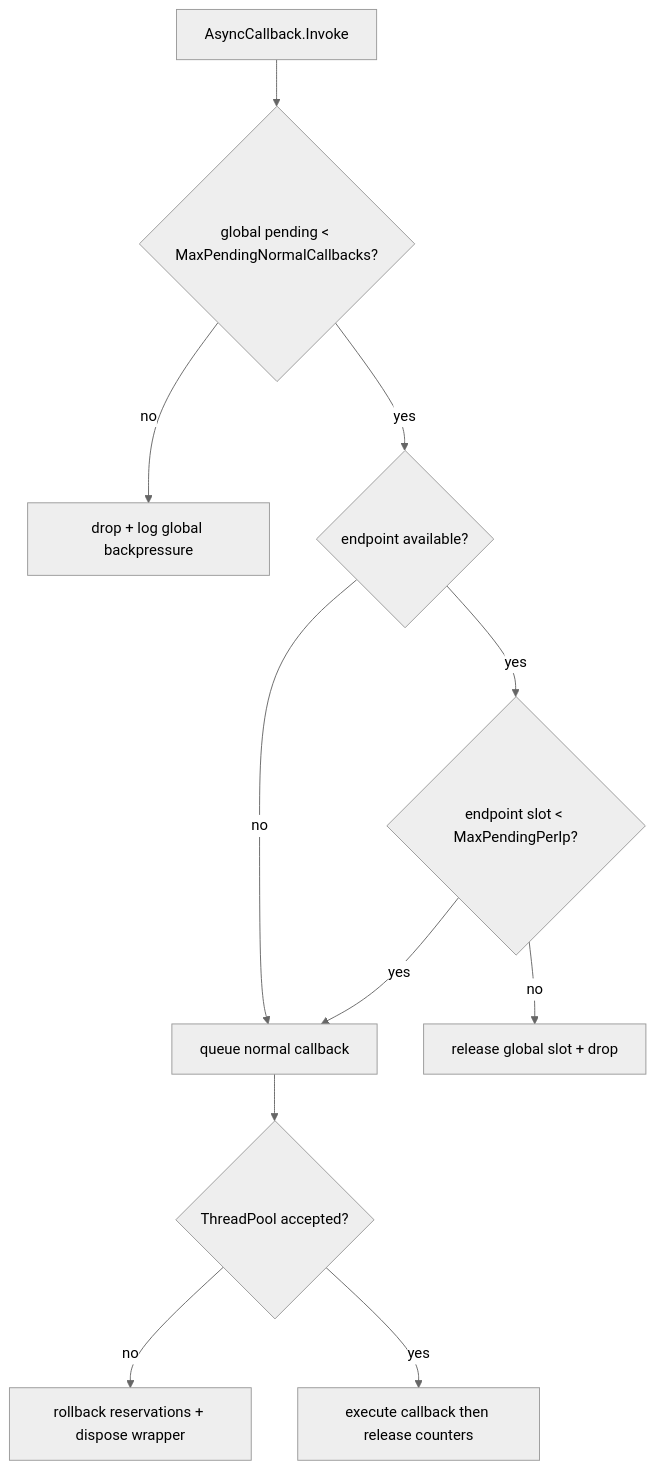
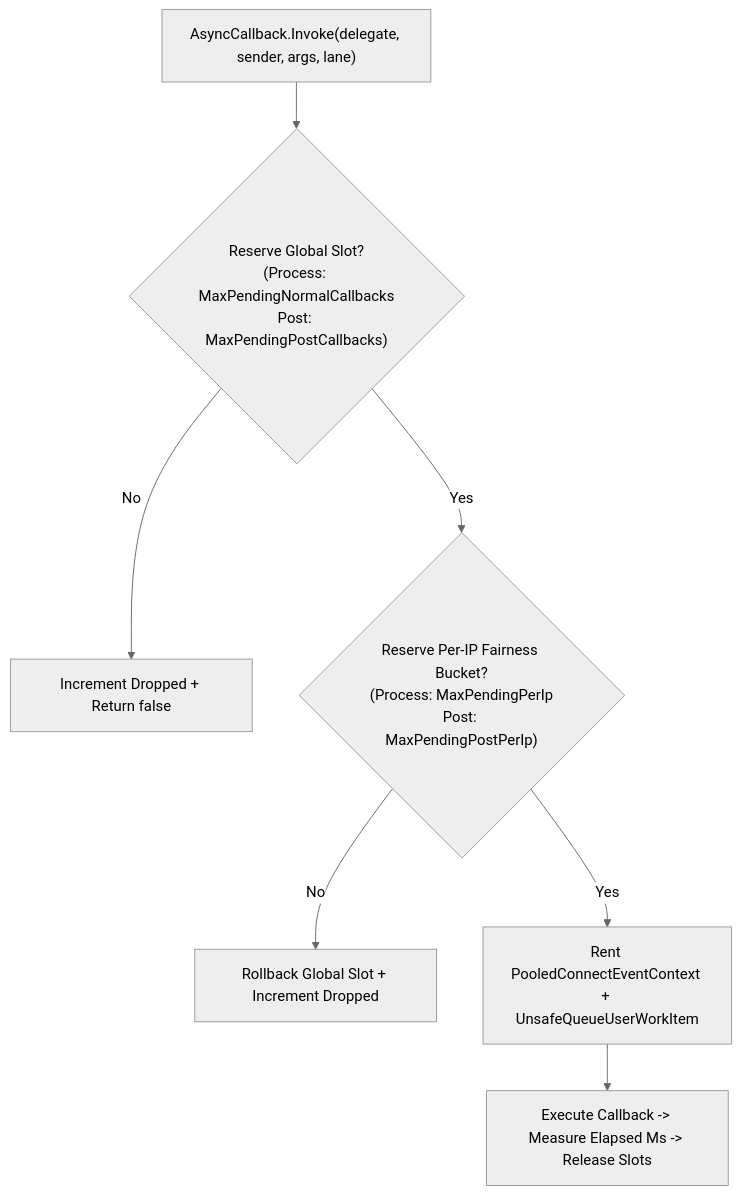
One commit to ppn-systems/nalix-docs changed the diagram in src/content/docs/en-us/api/options/network/network-callback-options.md. Above: the diagram before and after it, drawn with Mermaid (neutral theme). The commit also changed other lines of this file and 180 other files, not shown here.

````diff
--- a/src/content/docs/en-us/api/options/network/network-callback-options.md
+++ b/src/content/docs/en-us/api/options/network/network-callback-options.md
@@ -109,13 +74,9 @@
 ```mermaid
 flowchart TD
-    I["AsyncCallback.Invoke"] --> G{"global pending < MaxPendingNormalCallbacks?"}
-    G -- no --> D1["drop + log global backpressure"]
-    G -- yes --> E{"endpoint available?"}
-    E -- no --> Q["queue normal callback"]
-    E -- yes --> P{"endpoint slot < MaxPendingPerIp?"}
-    P -- no --> R["release global slot + drop"]
-    P -- yes --> Q
-    Q --> T{"ThreadPool accepted?"}
-    T -- no --> U["rollback reservations + dispose wrapper"]
-    T -- yes --> X["execute callback then release counters"]
+    I["AsyncCallback.Invoke(delegate, sender, args, lane)"] --> G{"Reserve Global Slot?<br/>(Process: MaxPendingNormalCallbacks<br/>Post: MaxPendingPostCallbacks)"}
+    G -- No --> D1["Increment Dropped + Return false"]
+    G -- Yes --> E{"Reserve Per-IP Fairness Bucket?<br/>(Process: MaxPendingPerIp<br/>Post: MaxPendingPostPerIp)"}
+    E -- No --> R["Rollback Global Slot + Increment Dropped"]
+    E -- Yes --> Q["Rent PooledConnectEventContext + UnsafeQueueUserWorkItem"]
+    Q --> X["Execute Callback -> Measure Elapsed Ms -> Release Slots"]
 ```
````
